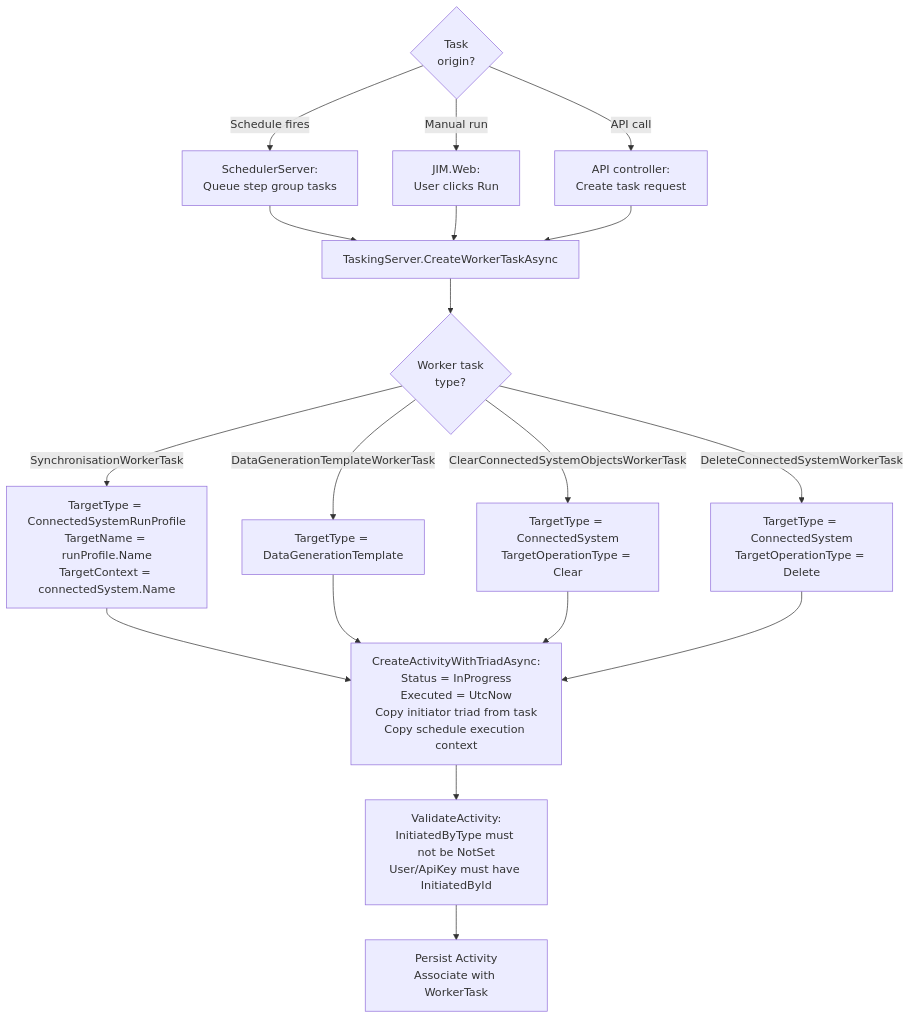
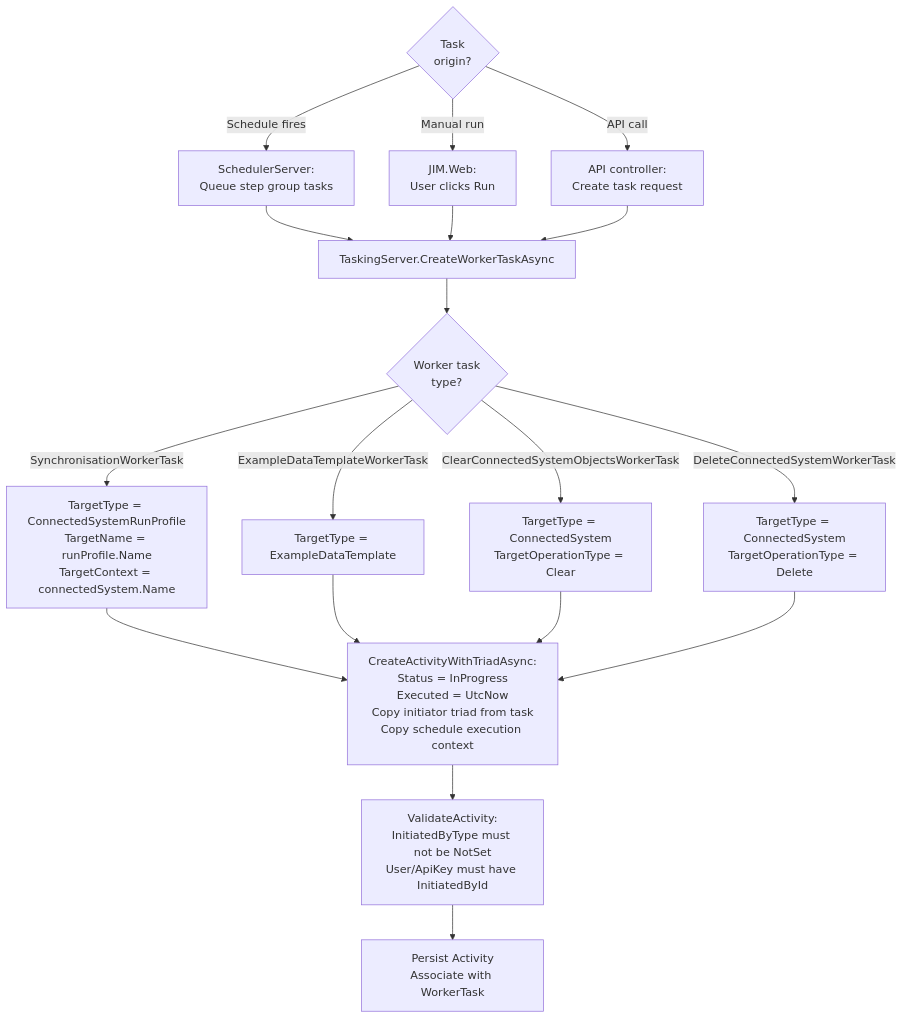
One commit to TetronIO/JIM changed the first of 6 diagrams in docs/diagrams/mermaid/ACTIVITY_AND_RPEI_FLOW.md. Above: the diagram before and after it, drawn with Mermaid. The commit also changed 212 other files, not shown here.

First line of the commit message:
refactor: rename DataGeneration to ExampleData for consistent naming (#411)

````diff
--- a/docs/diagrams/mermaid/ACTIVITY_AND_RPEI_FLOW.md
+++ b/docs/diagrams/mermaid/ACTIVITY_AND_RPEI_FLOW.md
@@ -21,27 +21,27 @@
 ```mermaid
 flowchart TD
     Trigger{Task<br/>origin?}
 
     Trigger -->|Schedule fires| Scheduler[SchedulerServer:<br/>Queue step group tasks]
     Trigger -->|Manual run| Web[JIM.Web:<br/>User clicks Run]
     Trigger -->|API call| Api[API controller:<br/>Create task request]
 
     Scheduler --> CreateTask[TaskingServer.CreateWorkerTaskAsync]
     Web --> CreateTask
     Api --> CreateTask
 
     CreateTask --> TaskType{Worker task<br/>type?}
     TaskType -->|SynchronisationWorkerTask| SyncActivity[TargetType = ConnectedSystemRunProfile<br/>TargetName = runProfile.Name<br/>TargetContext = connectedSystem.Name]
-    TaskType -->|DataGenerationTemplateWorkerTask| DataGenActivity[TargetType = DataGenerationTemplate]
+    TaskType -->|ExampleDataTemplateWorkerTask| DataGenActivity[TargetType = ExampleDataTemplate]
     TaskType -->|ClearConnectedSystemObjectsWorkerTask| ClearActivity[TargetType = ConnectedSystem<br/>TargetOperationType = Clear]
     TaskType -->|DeleteConnectedSystemWorkerTask| DeleteActivity[TargetType = ConnectedSystem<br/>TargetOperationType = Delete]
 
     SyncActivity --> CreateActivity
     DataGenActivity --> CreateActivity
     ClearActivity --> CreateActivity
     DeleteActivity --> CreateActivity
 
     CreateActivity[CreateActivityWithTriadAsync:<br/>Status = InProgress<br/>Executed = UtcNow<br/>Copy initiator triad from task<br/>Copy schedule execution context]
     CreateActivity --> Validate[ValidateActivity:<br/>InitiatedByType must not be NotSet<br/>User/ApiKey must have InitiatedById]
     Validate --> Persist[Persist Activity<br/>Associate with WorkerTask]
 ```
````
